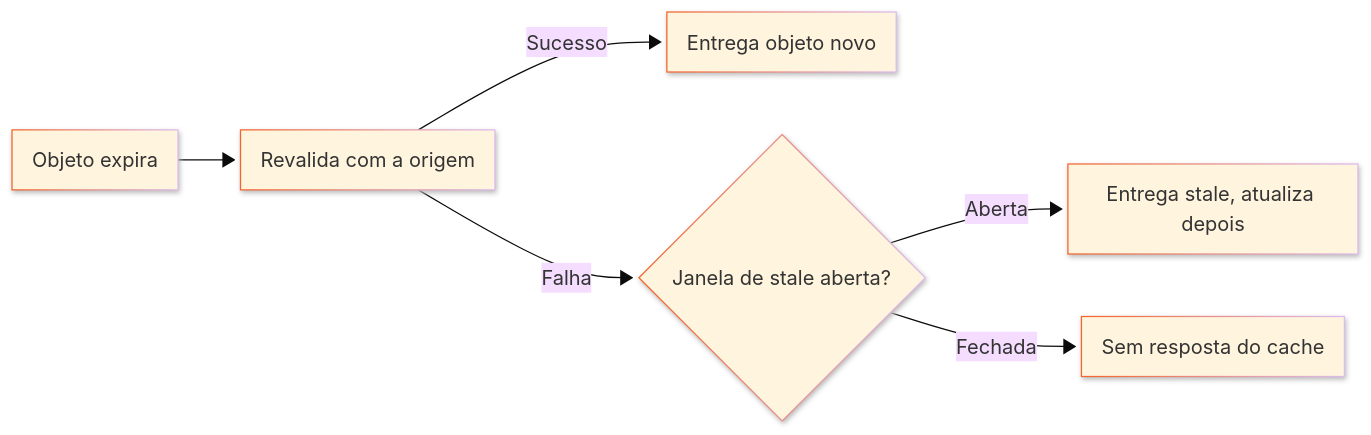
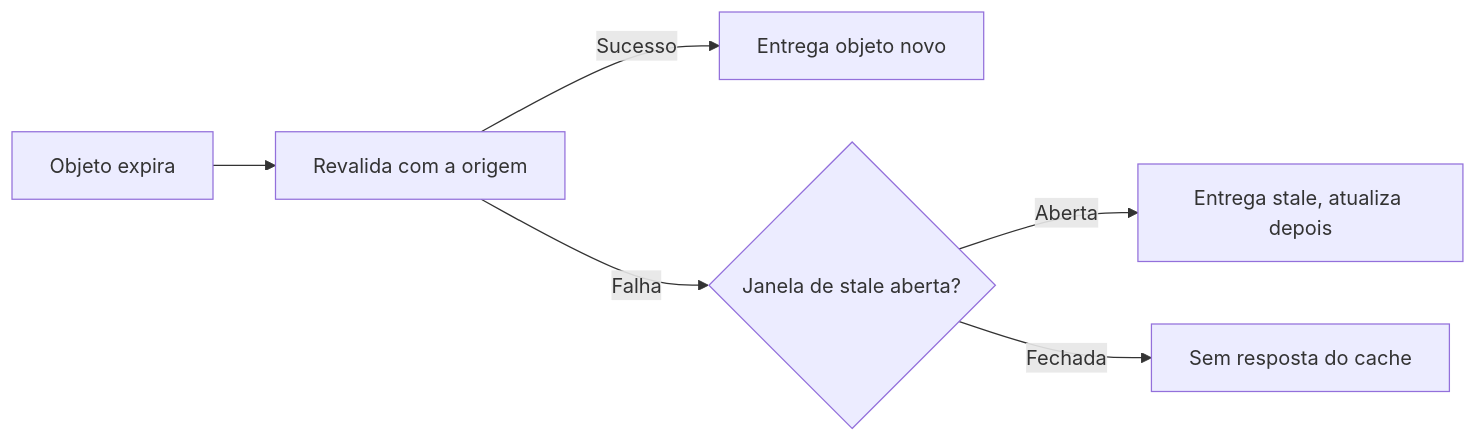
Before and after one commit to souzavinny/azion-docs: the second of 2 diagrams in src/content/docs/pt-br/pages/menu-principal/referencia/build/edge-application/cache-how-it-works.mdx, drawn with Mermaid. The commit also changed other lines of this file and 2 other files, not shown here.

Commit message:
fix(mermaid): adds azion styling

````diff
--- a/src/content/docs/pt-br/pages/menu-principal/referencia/build/edge-application/cache-how-it-works.mdx
+++ b/src/content/docs/pt-br/pages/menu-principal/referencia/build/edge-application/cache-how-it-works.mdx
@@ -100,9 +99,8 @@
 ```mermaid
-%%{init: {'look':'neo','theme':'base','themeVariables':{'primaryBorderColor':'#F3652B'}}}%%
 flowchart LR
   A[Objeto expira] --> B[Revalida com a origem]
   B -- Sucesso --> C[Entrega objeto novo]
   B -- Falha --> D{Janela de stale aberta?}
   D -- Aberta --> E[Entrega stale, atualiza depois]
   D -- Fechada --> F[Sem resposta do cache]
 ```
````
